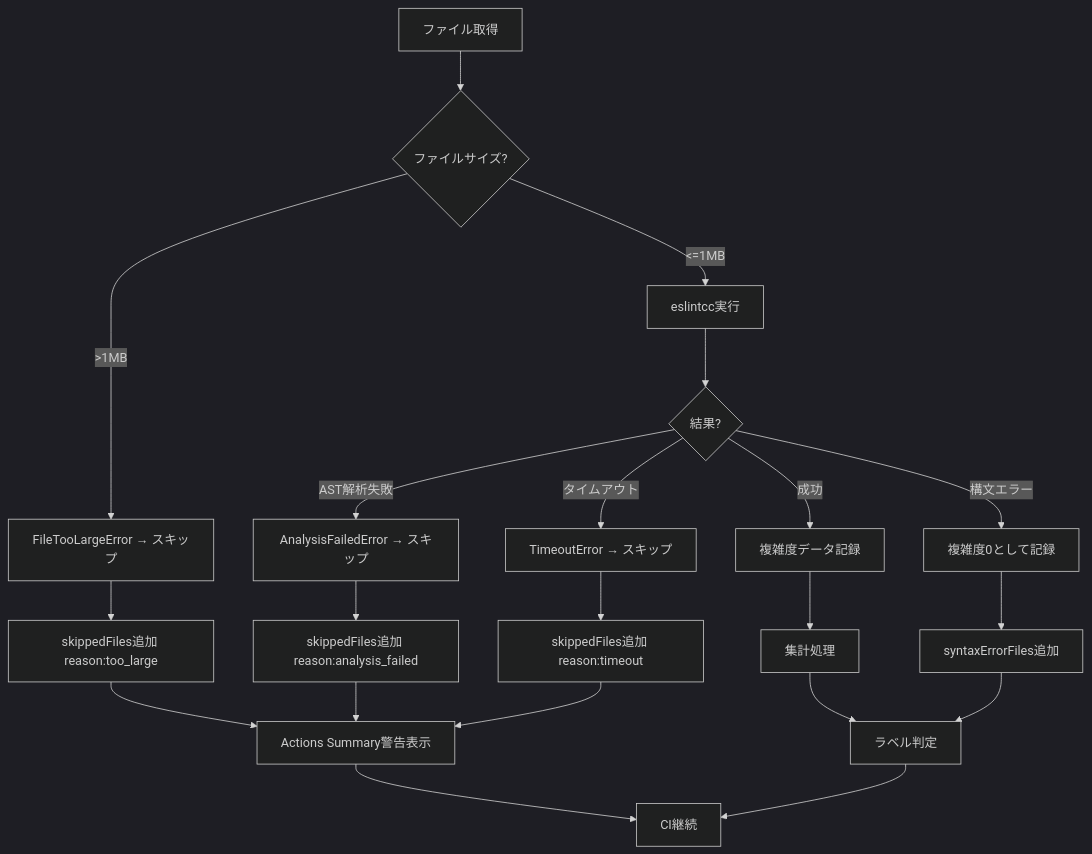
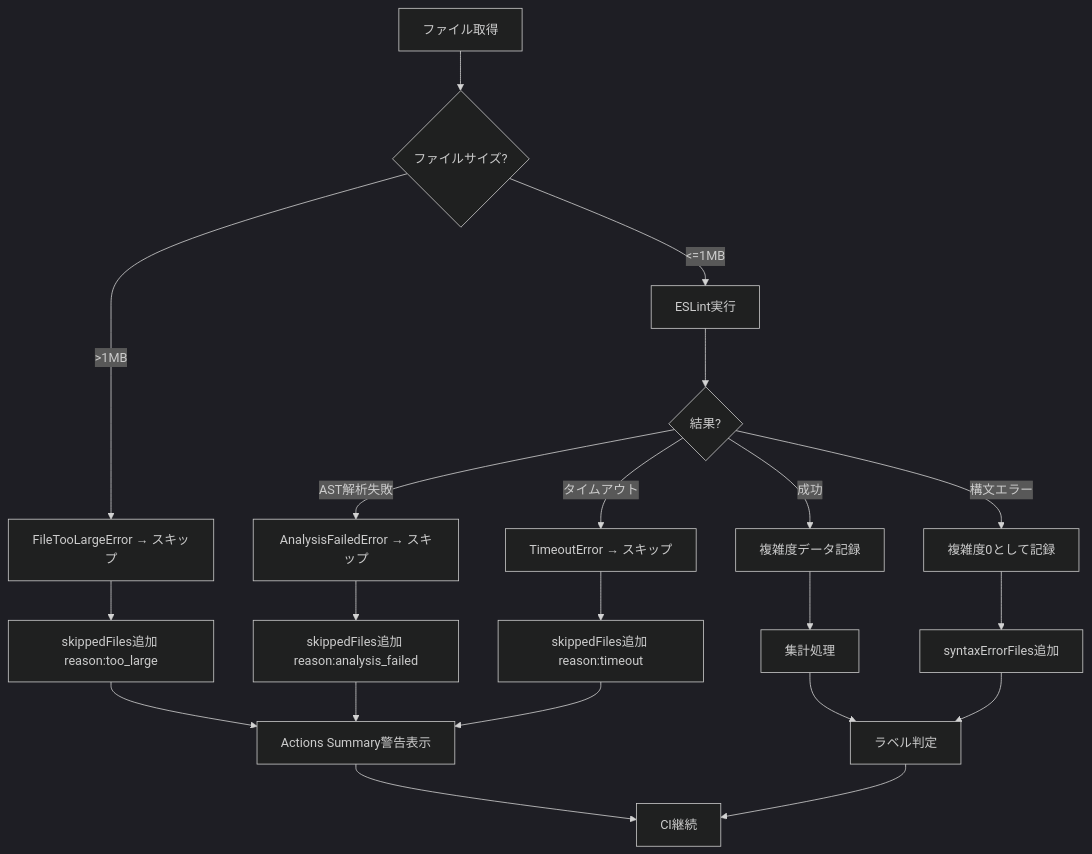
One commit to jey3dayo/pr-labeler changed the third of 3 diagrams in .kiro/specs/code-complexity-analysis/design.md. Above: the diagram before and after it, drawn with Mermaid (dark theme). The commit also changed other lines of this file and 6 other files, not shown here.

````diff
--- a/.kiro/specs/code-complexity-analysis/design.md
+++ b/.kiro/specs/code-complexity-analysis/design.md
@@ -414,26 +392,26 @@
 ```mermaid
 flowchart TD
     A[ファイル取得] --> B{ファイルサイズ?}
     B -->|>1MB| C[FileTooLargeError → スキップ]
-    B -->|<=1MB| D[eslintcc実行]
+    B -->|<=1MB| D[ESLint実行]
 
     D --> E{結果?}
     E -->|成功| F[複雑度データ記録]
     E -->|構文エラー| G[複雑度0として記録]
     E -->|AST解析失敗| H[AnalysisFailedError → スキップ]
     E -->|タイムアウト| I[TimeoutError → スキップ]
 
     C --> J[skippedFiles追加 reason:too_large]
     F --> K[集計処理]
     G --> L[syntaxErrorFiles追加]
     H --> J1[skippedFiles追加 reason:analysis_failed]
     I --> J2[skippedFiles追加 reason:timeout]
 
     J --> M[Actions Summary警告表示]
     J1 --> M
     J2 --> M
     K --> N[ラベル判定]
     L --> N
     M --> O[CI継続]
     N --> O
 ```
````
